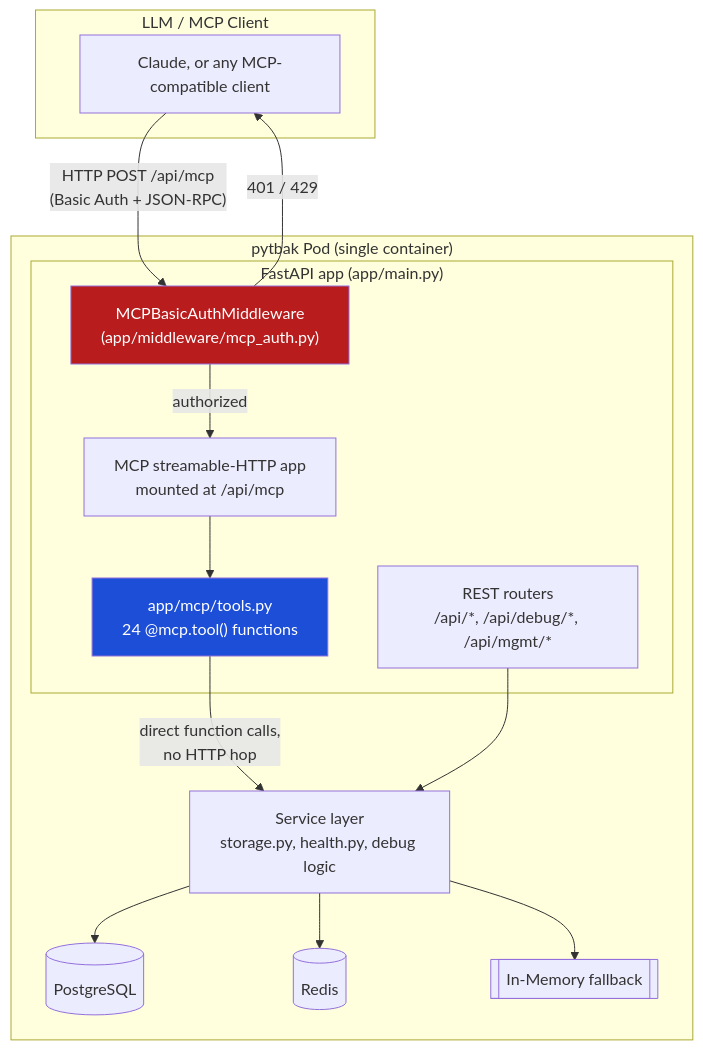
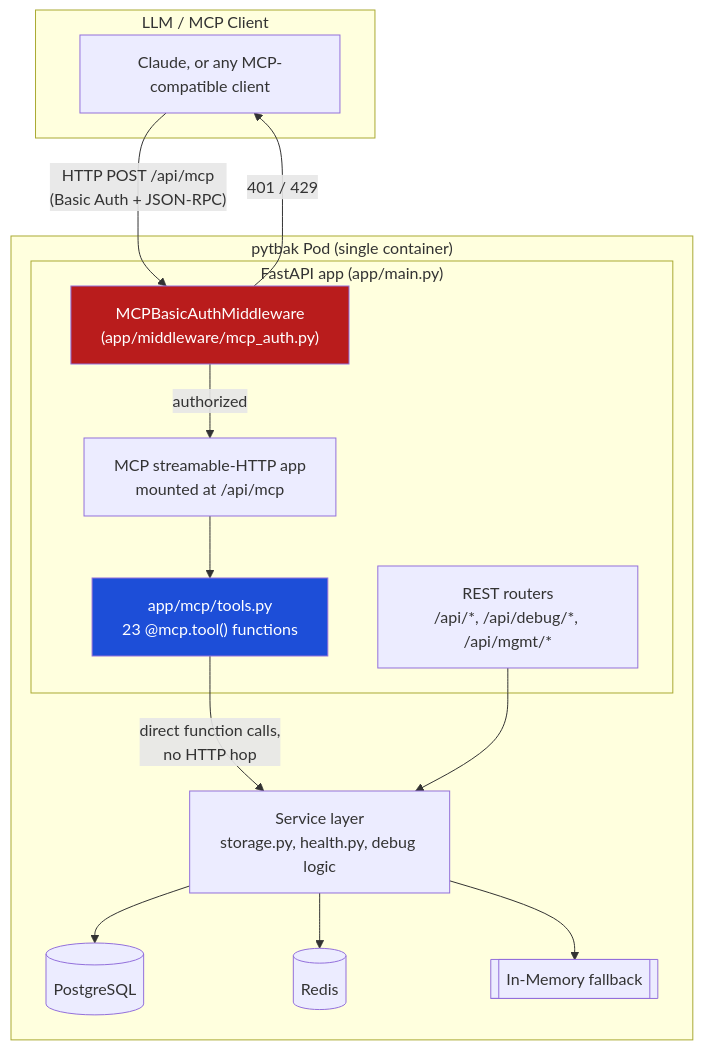
One commit to lorenzogirardi/flask-test-api changed the first of 2 diagrams in docs/11-mcp-server.md. Above: the diagram before and after it, drawn with Mermaid. The commit also changed other lines of this file and 1 other file, not shown here.

First line of the commit message:
docs: explain the FastMCP + FastAPI pairing

````diff
--- a/docs/11-mcp-server.md
+++ b/docs/11-mcp-server.md
@@ -34,32 +119,32 @@
 ```mermaid
 graph TB
     subgraph Client["LLM / MCP Client"]
         C[Claude, or any MCP-compatible client]
     end
 
     subgraph Pod["pytbak Pod (single container)"]
         subgraph FastAPI["FastAPI app (app/main.py)"]
             REST["REST routers<br/>/api/*, /api/debug/*, /api/mgmt/*"]
             AUTH["MCPBasicAuthMiddleware<br/>(app/middleware/mcp_auth.py)"]
             MCPAPP["MCP streamable-HTTP app<br/>mounted at /api/mcp"]
-            TOOLS["app/mcp/tools.py<br/>24 @mcp.tool() functions"]
+            TOOLS["app/mcp/tools.py<br/>23 @mcp.tool() functions"]
         end
         SVC["Service layer<br/>storage.py, health.py, debug logic"]
         PG[(PostgreSQL)]
         REDIS[(Redis)]
         MEM[[In-Memory fallback]]
     end
 
     C -->|"HTTP POST /api/mcp<br/>(Basic Auth + JSON-RPC)"| AUTH
     AUTH -->|"authorized"| MCPAPP
     AUTH -->|"401 / 429"| C
     MCPAPP --> TOOLS
     TOOLS -->|"direct function calls,<br/>no HTTP hop"| SVC
     REST --> SVC
     SVC --> PG
     SVC --> REDIS
     SVC --> MEM
 
     style AUTH fill:#b91c1c,color:#fff
     style TOOLS fill:#1d4ed8,color:#fff
 ```
````
